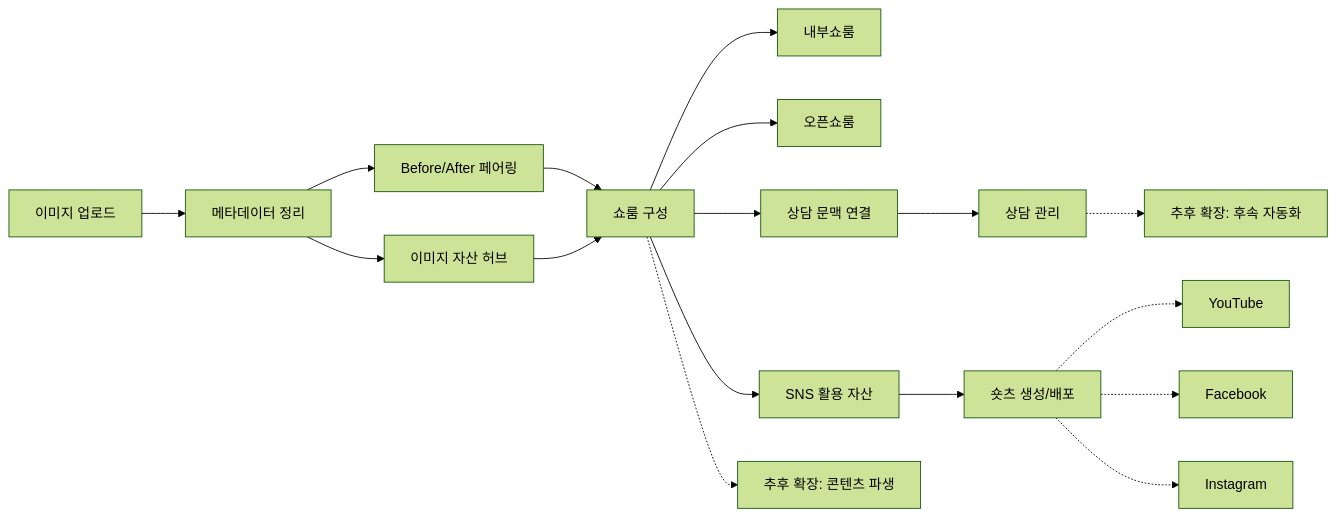
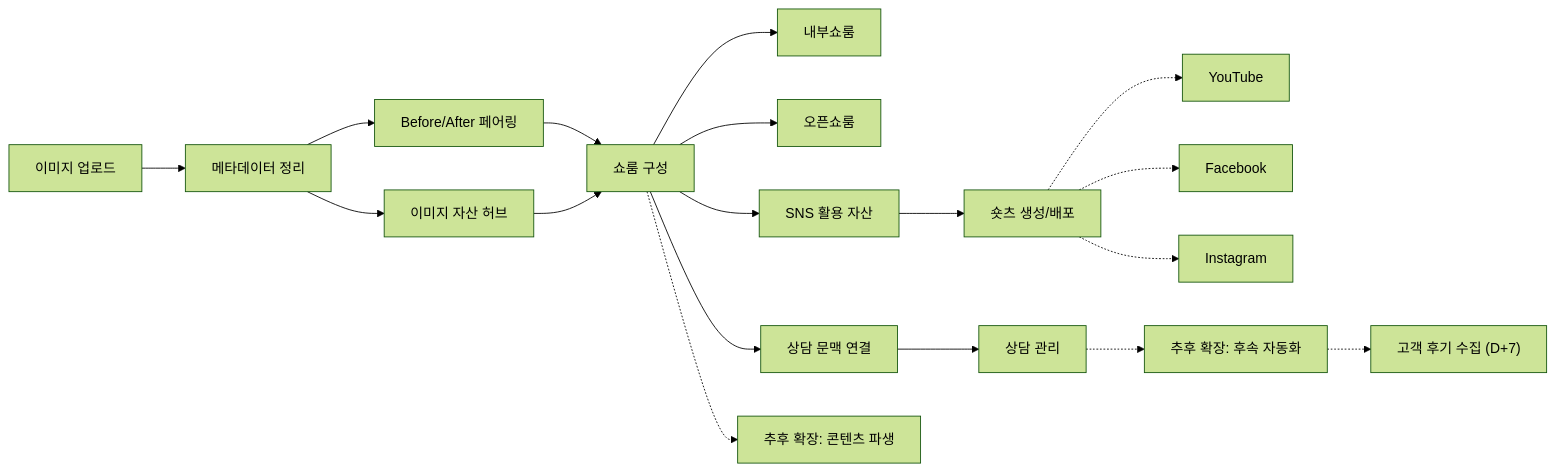
One commit to 1shot1kill74/FINDGAGU-OS-CURSOR changed the first of 3 diagrams in docs/FINDGAGU_PRODUCT_FLOW.md. Above: the diagram before and after it, drawn with Mermaid (forest theme). The commit also changed other lines of this file and 26 other files, not shown here.

````diff
--- a/docs/FINDGAGU_PRODUCT_FLOW.md
+++ b/docs/FINDGAGU_PRODUCT_FLOW.md
@@ -40,19 +40,20 @@
 ```mermaid
 flowchart LR
   imageUpload["이미지 업로드"] --> metadata["메타데이터 정리"]
   metadata --> pair["Before/After 페어링"]
   metadata --> assetHub["이미지 자산 허브"]
   pair --> showroom["쇼룸 구성"]
   assetHub --> showroom
   showroom --> internalShowroom["내부쇼룸"]
   showroom --> publicShowroom["오픈쇼룸"]
   showroom --> inquiryContext["상담 문맥 연결"]
   showroom --> snsPackage["SNS 활용 자산"]
   inquiryContext --> consultation["상담 관리"]
   snsPackage --> shorts["숏츠 생성/배포"]
   shorts -.-> youtube["YouTube"]
   shorts -.-> facebook["Facebook"]
   shorts -.-> instagram["Instagram"]
   showroom -.-> contentReuse["추후 확장: 콘텐츠 파생"]
   consultation -.-> automation["추후 확장: 후속 자동화"]
+  automation -.-> reviewLoop["고객 후기 수집 (D+7)"]
 ```
````
